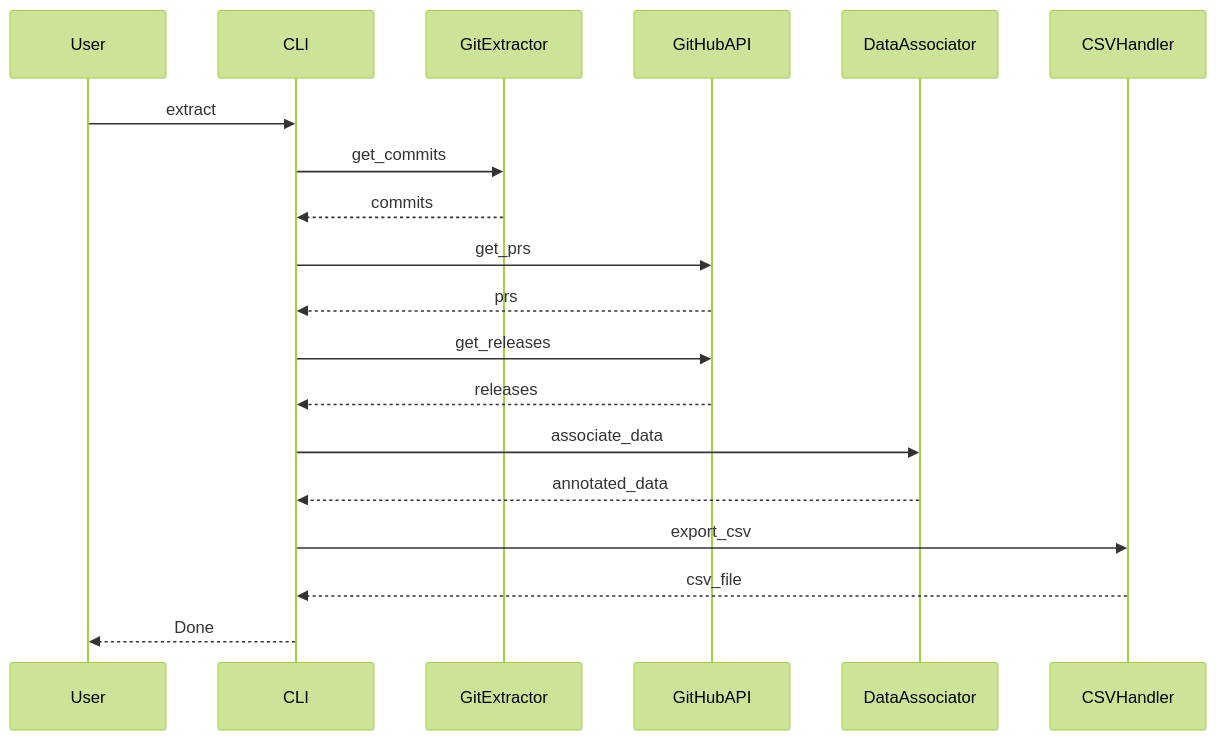
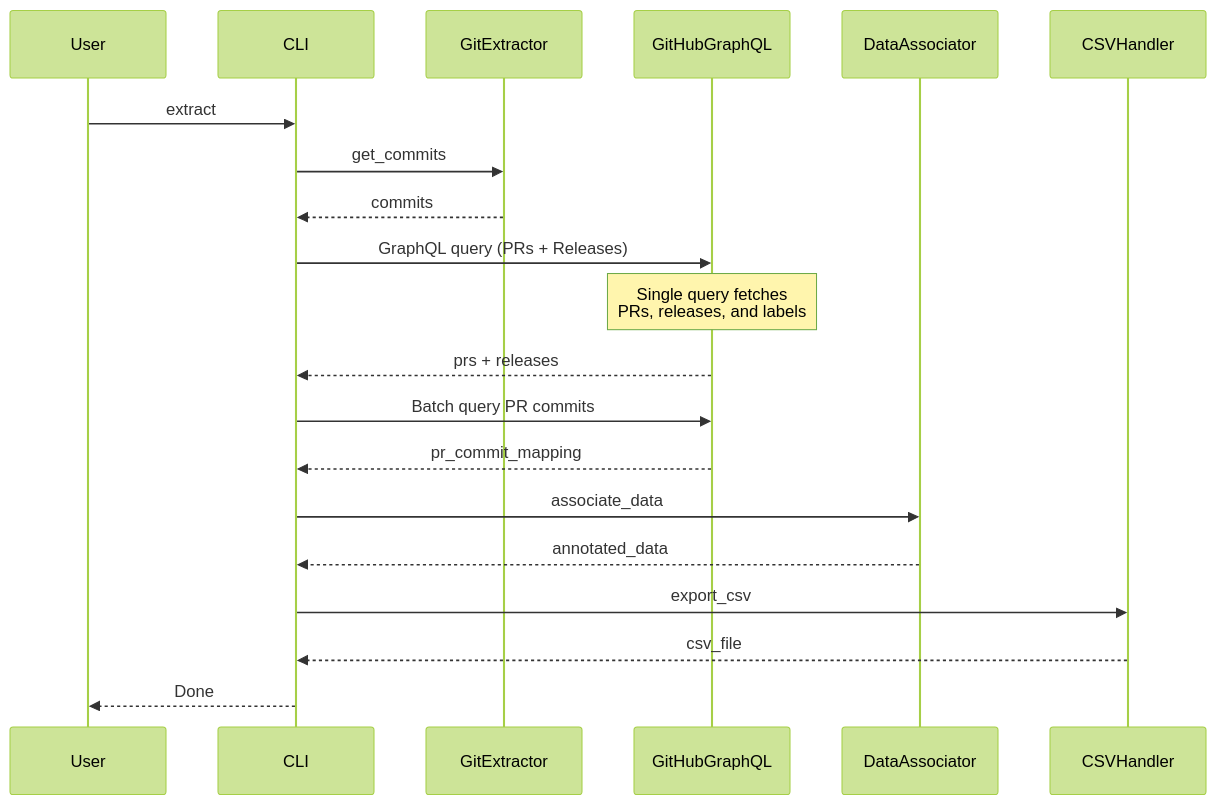
The second of 8 diagrams in ARCHITECTURE.md (ephess/dora-metrics-calculator), drawn with Mermaid (forest theme) before and after one commit. The commit also changed other lines of this file, not shown here.

First line of the commit message:
Update architecture: GraphQL API, simplifications, and S3 storage support

````diff
--- a/ARCHITECTURE.md
+++ b/ARCHITECTURE.md
@@ -175,22 +205,23 @@
 ```mermaid
 sequenceDiagram
     participant User
     participant CLI
     participant GitExtractor
-    participant GitHubAPI
+    participant GitHubGraphQL
     participant DataAssociator
     participant CSVHandler
     
     User->>CLI: extract
     CLI->>GitExtractor: get_commits
     GitExtractor-->>CLI: commits
-    CLI->>GitHubAPI: get_prs
-    GitHubAPI-->>CLI: prs
-    CLI->>GitHubAPI: get_releases
-    GitHubAPI-->>CLI: releases
+    CLI->>GitHubGraphQL: GraphQL query (PRs + Releases)
+    Note over GitHubGraphQL: Single query fetches<br/>PRs, releases, and labels
+    GitHubGraphQL-->>CLI: prs + releases
+    CLI->>GitHubGraphQL: Batch query PR commits
+    GitHubGraphQL-->>CLI: pr_commit_mapping
     CLI->>DataAssociator: associate_data
     DataAssociator-->>CLI: annotated_data
     CLI->>CSVHandler: export_csv
     CSVHandler-->>CLI: csv_file
     CLI-->>User: Done
 ```
````
